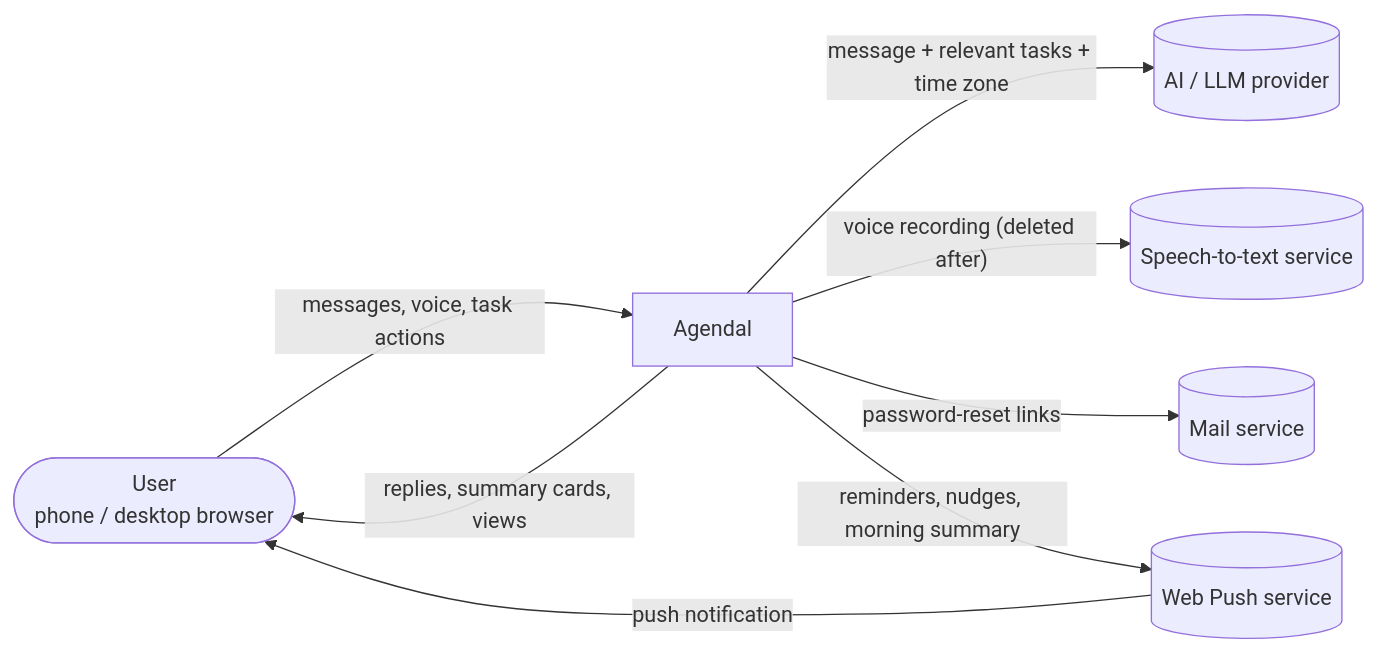
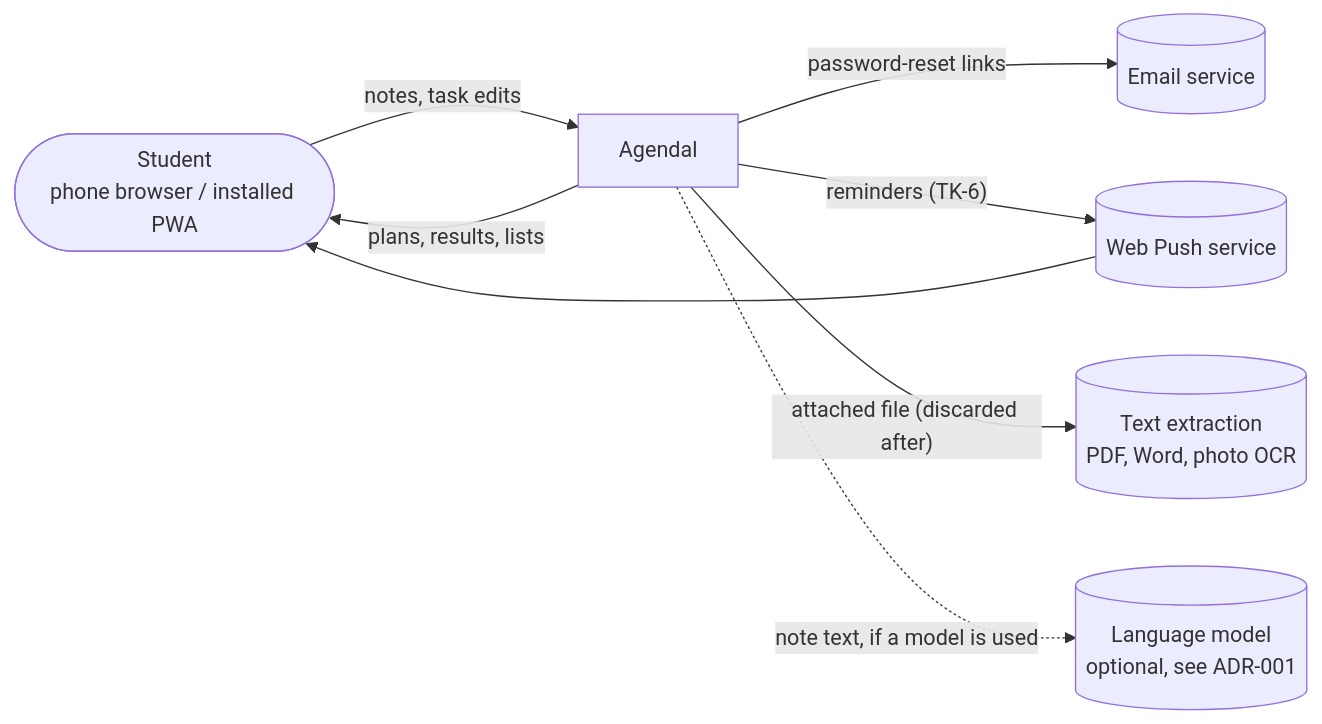
The diagram in docs/07-architecture/system-context.md (02bbits/Agendal), drawn with Mermaid before and after one commit. The commit also changed other lines of this file and 122 other files, not shown here.

First line of the commit message:
docs: rewrite project docs for V2 (notes to tasks)

````diff
--- a/docs/07-architecture/system-context.md
+++ b/docs/07-architecture/system-context.md
@@ -3,17 +3,16 @@
 ```mermaid
 flowchart LR
-    U([User<br/>phone / desktop browser])
+    U([Student<br/>phone browser / installed PWA])
     A[Agendal]
-    AI[(AI / LLM provider)]
-    STT[(Speech-to-text service)]
-    M[(Mail service)]
+    M[(Email service)]
     P[(Web Push service)]
+    X[(Text extraction<br/>PDF, Word, photo OCR)]
+    L[(Language model<br/>optional, see ADR-001)]
 
-    U -- "messages, voice, task actions" --> A
-    A -- "replies, summary cards, views" --> U
-    A -- "message + relevant tasks + time zone" --> AI
-    A -- "voice recording (deleted after)" --> STT
+    U -- "notes, task edits" --> A
+    A -- "plans, results, lists" --> U
     A -- "password-reset links" --> M
-    A -- "reminders, nudges, morning summary" --> P
-    P -- "push notification" --> U
+    A -- "reminders (TK-6)" --> P --> U
+    A -- "attached file (discarded after)" --> X
+    A -. "note text, if a model is used" .-> L
 ```
````
